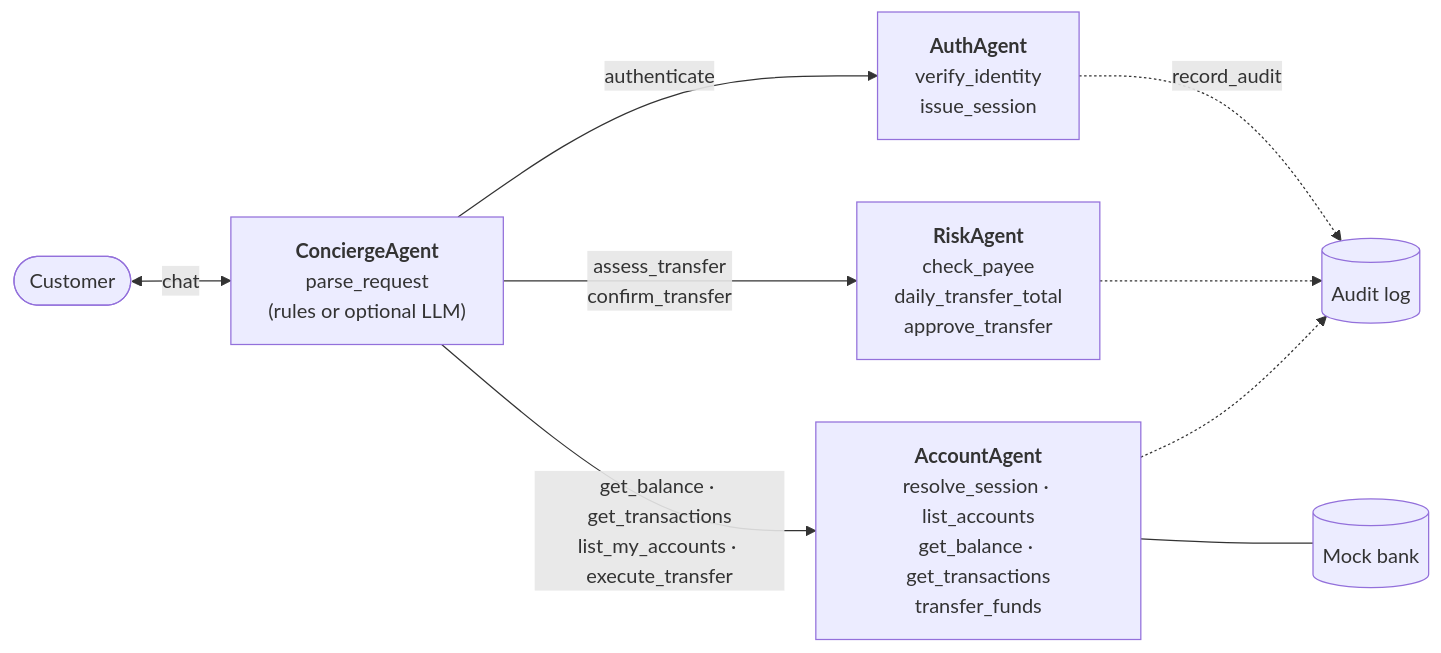
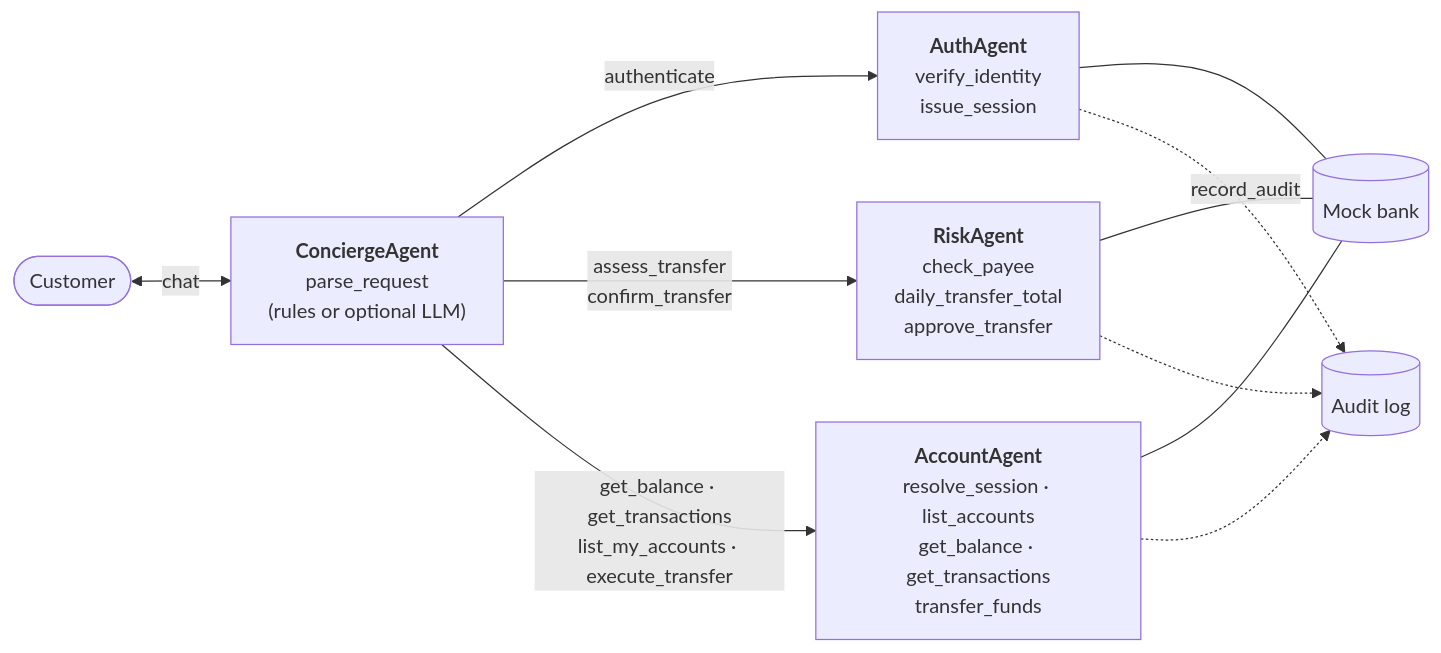
The first of 2 diagrams in README.md (Guangwen0429/CS239_BankAssist_GuangwenXiong), drawn with Mermaid before and after one commit. The commit also changed other lines of this file and 34 other files, not shown here.

````diff
--- a/README.md
+++ b/README.md
@@ -7,11 +7,13 @@
 ```mermaid
 flowchart LR
     U([Customer]) <-->|chat| C["<b>ConciergeAgent</b><br/>parse_request<br/>(rules or optional LLM)"]
     C -->|authenticate| A["<b>AuthAgent</b><br/>verify_identity<br/>issue_session"]
     C -->|"assess_transfer<br/>confirm_transfer"| R["<b>RiskAgent</b><br/>check_payee<br/>daily_transfer_total<br/>approve_transfer"]
     C -->|"get_balance · get_transactions<br/>list_my_accounts · execute_transfer"| K["<b>AccountAgent</b><br/>resolve_session · list_accounts<br/>get_balance · get_transactions<br/>transfer_funds"]
     K --- B[(Mock bank)]
+    A --- B
+    R --- B
     A -.->|record_audit| L[(Audit log)]
     R -.-> L
     K -.-> L
 ```
````
